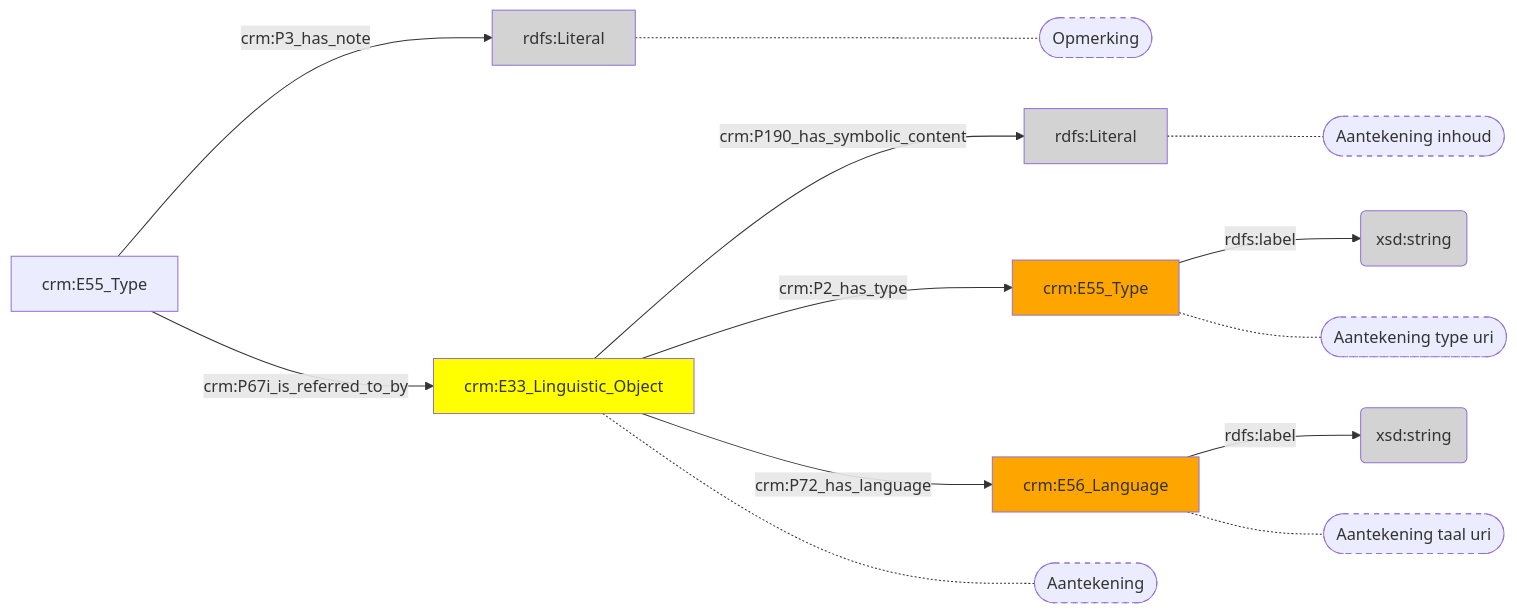
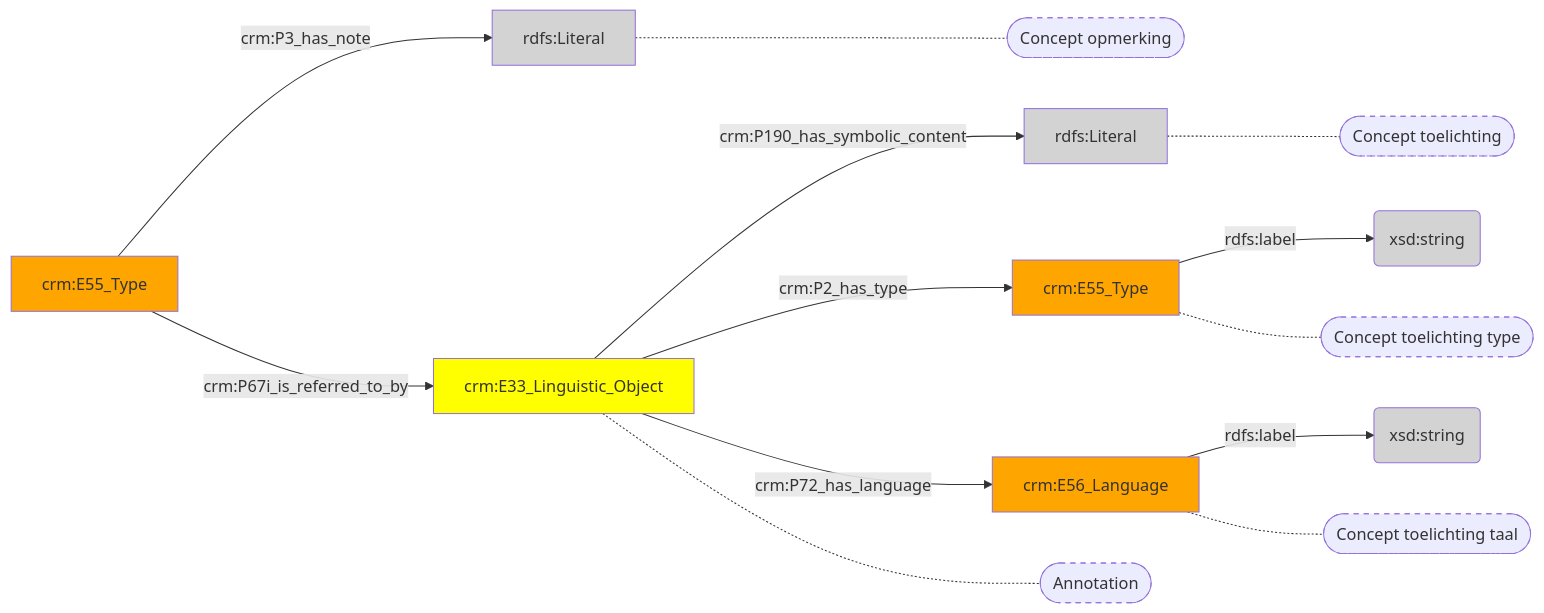
The diagram in docs/content/modellen/Concept/Aantekeningen.md (digipolisantwerpdocumentation/antwerp-cultureel-erfgoed), drawn with Mermaid before and after one commit. The commit also changed 173 other files, not shown here.

````diff
--- a/docs/content/modellen/Concept/Aantekeningen.md
+++ b/docs/content/modellen/Concept/Aantekeningen.md
@@ -1,27 +1,28 @@
 ```mermaid
 graph LR
 184cba22-ee3b-11ed-9064-00163e71351b["crm:E33_Linguistic_Object"]-->|"crm:P190_has_symbolic_content"|184cc21a-ee3b-11ed-9064-00163e71351b(rdfs:Literal)
 184cbee6-ee3b-11ed-9064-00163e71351b["crm:E55_Type"]-->|"rdfs:label"|184cc4c2-ee3b-11ed-9064-00163e71351b(xsd:string)
 184cc09e-ee3b-11ed-9064-00163e71351b["crm:E56_Language"]-->|"rdfs:label"|184cc36e-ee3b-11ed-9064-00163e71351b(xsd:string)
 5c49f282-be8c-11ed-beba-96a6d245525a["crm:E55_Type"]-->|"crm:P3_has_note"|0a3486e0-ce3d-11ed-9232-00163e71351b(rdfs:Literal)
 184cba22-ee3b-11ed-9064-00163e71351b["crm:E33_Linguistic_Object"]-->|"crm:P2_has_type"|184cbee6-ee3b-11ed-9064-00163e71351b["crm:E55_Type"]
 184cba22-ee3b-11ed-9064-00163e71351b["crm:E33_Linguistic_Object"]-->|"crm:P72_has_language"|184cc09e-ee3b-11ed-9064-00163e71351b["crm:E56_Language"]
 5c49f282-be8c-11ed-beba-96a6d245525a["crm:E55_Type"]-->|"crm:P67i_is_referred_to_by"|184cba22-ee3b-11ed-9064-00163e71351b["crm:E33_Linguistic_Object"]
-184cc21a-ee3b-11ed-9064-00163e71351b["rdfs:Literal"]-.-184cc21a-ee3b-11ed-9064-00163e71351b_s(["Aantekening inhoud"])
-184cbee6-ee3b-11ed-9064-00163e71351b["crm:E55_Type"]-.-184cbee6-ee3b-11ed-9064-00163e71351b_s(["Aantekening type uri"])
-184cc09e-ee3b-11ed-9064-00163e71351b["crm:E56_Language"]-.-184cc09e-ee3b-11ed-9064-00163e71351b_s(["Aantekening taal uri"])
-0a3486e0-ce3d-11ed-9232-00163e71351b["rdfs:Literal"]-.-0a3486e0-ce3d-11ed-9232-00163e71351b_s(["Opmerking"])
-184cba22-ee3b-11ed-9064-00163e71351b["crm:E33_Linguistic_Object"]-.-184cba22-ee3b-11ed-9064-00163e71351b_s(["Aantekening"])
+184cc21a-ee3b-11ed-9064-00163e71351b["rdfs:Literal"]-.-184cc21a-ee3b-11ed-9064-00163e71351b_s(["Concept toelichting"])
+184cbee6-ee3b-11ed-9064-00163e71351b["crm:E55_Type"]-.-184cbee6-ee3b-11ed-9064-00163e71351b_s(["Concept toelichting type"])
+184cc09e-ee3b-11ed-9064-00163e71351b["crm:E56_Language"]-.-184cc09e-ee3b-11ed-9064-00163e71351b_s(["Concept toelichting taal"])
+0a3486e0-ce3d-11ed-9232-00163e71351b["rdfs:Literal"]-.-0a3486e0-ce3d-11ed-9232-00163e71351b_s(["Concept opmerking"])
+184cba22-ee3b-11ed-9064-00163e71351b["crm:E33_Linguistic_Object"]-.-184cba22-ee3b-11ed-9064-00163e71351b_s(["Annotation"])
 style 184cc21a-ee3b-11ed-9064-00163e71351b_s stroke-dasharray: 5
 style 184cbee6-ee3b-11ed-9064-00163e71351b_s stroke-dasharray: 5
 style 184cc09e-ee3b-11ed-9064-00163e71351b_s stroke-dasharray: 5
 style 0a3486e0-ce3d-11ed-9232-00163e71351b_s stroke-dasharray: 5
 style 184cba22-ee3b-11ed-9064-00163e71351b_s stroke-dasharray: 5
 style 0a3486e0-ce3d-11ed-9232-00163e71351b fill:#D3D3D3
 style 184cba22-ee3b-11ed-9064-00163e71351b fill:#ffff00
 style 184cbee6-ee3b-11ed-9064-00163e71351b fill:#ffa500
 style 184cc09e-ee3b-11ed-9064-00163e71351b fill:#ffa500
 style 184cc21a-ee3b-11ed-9064-00163e71351b fill:#D3D3D3
 style 184cc36e-ee3b-11ed-9064-00163e71351b fill:#D3D3D3
 style 184cc4c2-ee3b-11ed-9064-00163e71351b fill:#D3D3D3
+style 5c49f282-be8c-11ed-beba-96a6d245525a fill:#ffa500
 ```
````
